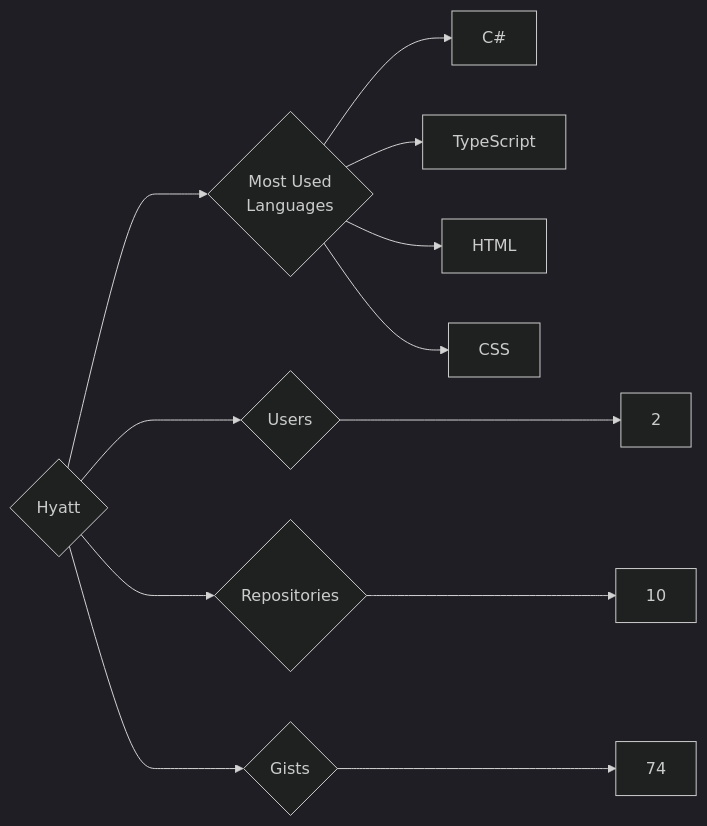
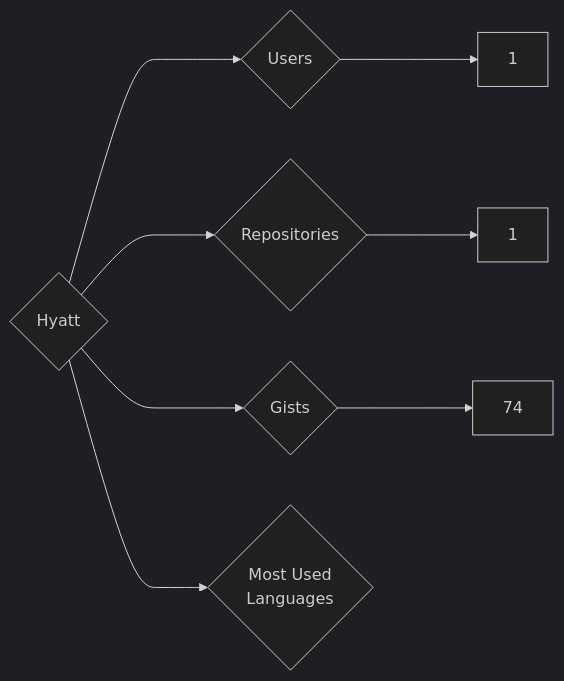
The diagram in targets/Hyatt/README.md (trickest/insiders), drawn with Mermaid (dark theme) before and after one commit. The commit also changed 569 other files, not shown here.

````diff
--- a/targets/Hyatt/README.md
+++ b/targets/Hyatt/README.md
@@ -3,12 +3,8 @@
 ```mermaid
 graph LR
 COMPANY_NAME{Hyatt}
-COMPANY_NAME ---> U{Users} ---> UN[2]
-COMPANY_NAME ---> R{Repositories} ---> RN[10]
+COMPANY_NAME ---> U{Users} ---> UN[1]
+COMPANY_NAME ---> R{Repositories} ---> RN[1]
 COMPANY_NAME ---> G{Gists} ---> GN[74]
 COMPANY_NAME ---> ML{Most Used<br>Languages}
-ML --> C#[C#]
-ML --> TypeScript[TypeScript]
-ML --> HTML[HTML]
-ML --> CSS[CSS]
 ```
````
